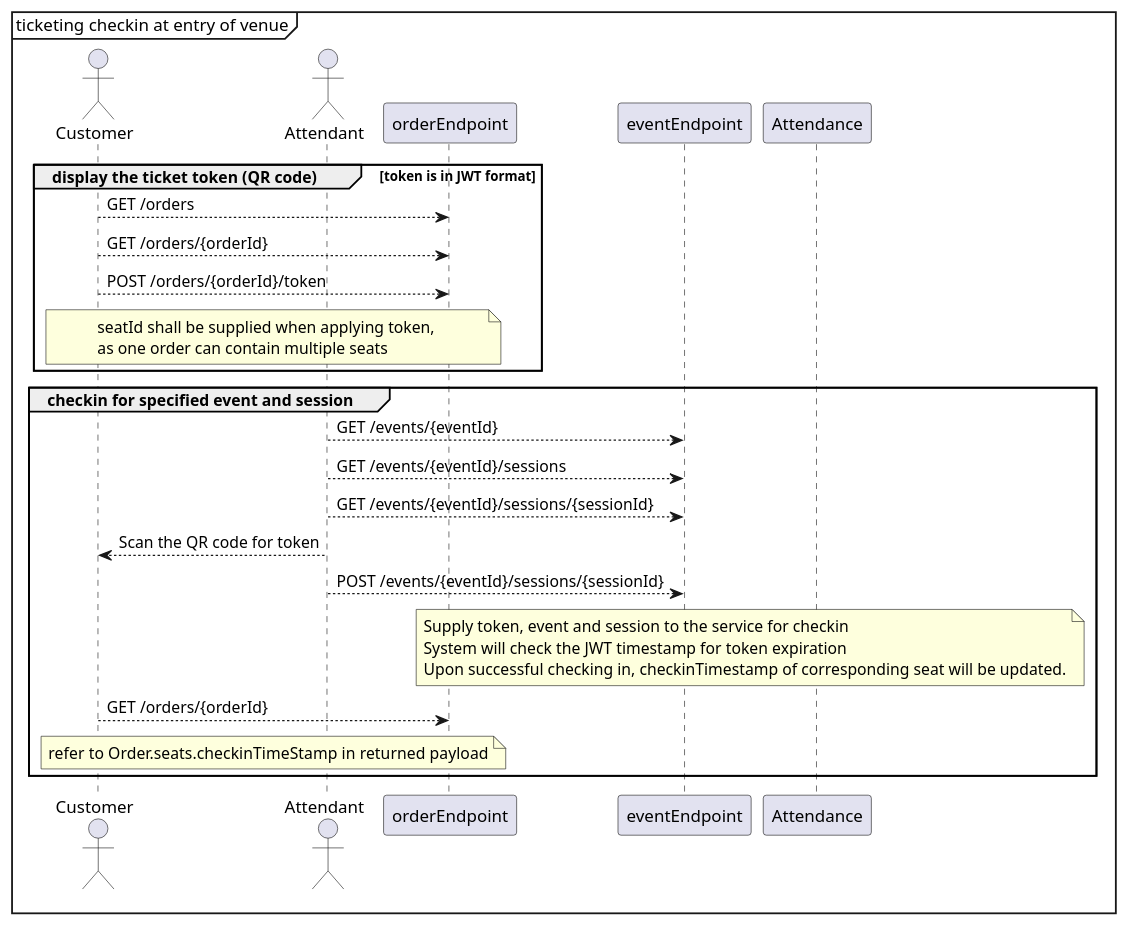
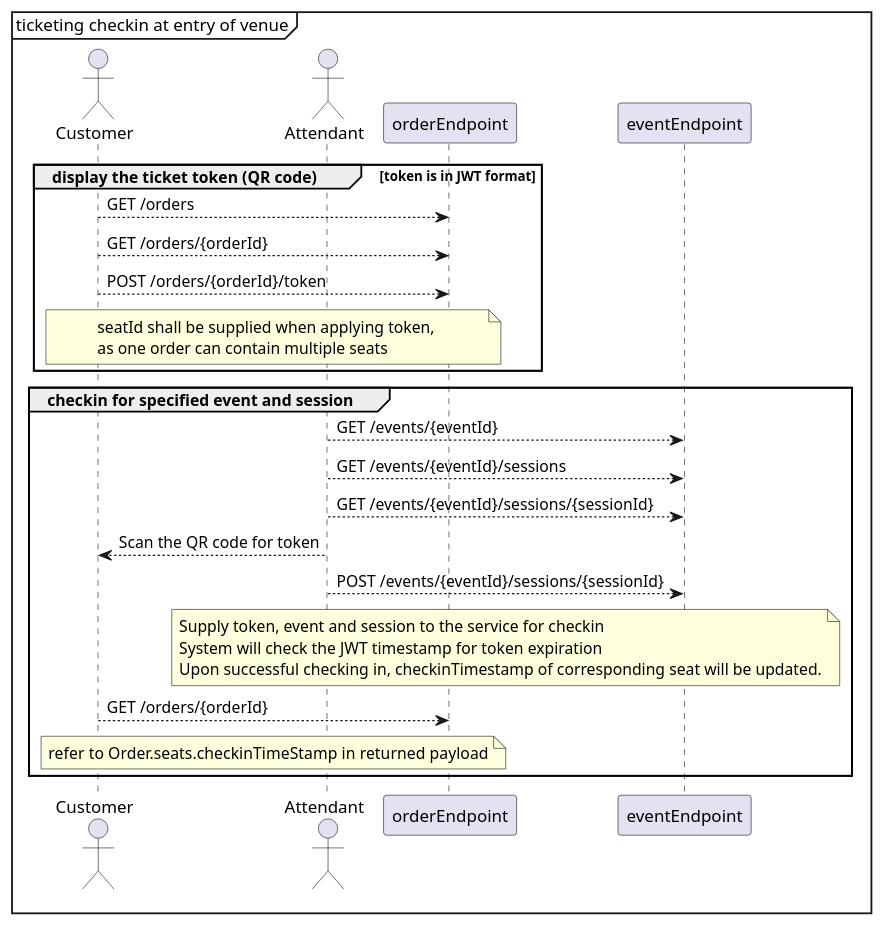
The diagram in uml/checkin.plantuml (grantsunny/JTicket), drawn with PlantUML before and after one commit.

```diff
--- a/uml/checkin.plantuml
+++ b/uml/checkin.plantuml
@@ -1,46 +1,46 @@
 @startuml
 mainframe ticketing checkin at entry of venue
 
 actor Customer
 actor Attendant
 participant orderEndpoint
 participant eventEndpoint
 
 group display the ticket token (QR code)  [token is in JWT format]
 Customer --> orderEndpoint: GET /orders
 Customer --> orderEndpoint: GET /orders/{orderId}
 Customer --> orderEndpoint: POST /orders/{orderId}/token
 note over Customer, orderEndpoint
 seatId shall be supplied when applying token, 
 as one order can contain multiple seats
 end note
 
 
 end
 
 group checkin for specified event and session
 Attendant --> eventEndpoint: GET /events/{eventId}
 Attendant --> eventEndpoint: GET /events/{eventId}/sessions
 Attendant --> eventEndpoint: GET /events/{eventId}/sessions/{sessionId}
 Attendant --> Customer: Scan the QR code for token
 
 
 Attendant --> eventEndpoint: POST /events/{eventId}/sessions/{sessionId}
-note over Attendance, eventEndpoint
+note over Attendant, eventEndpoint
 Supply token, event and session to the service for checkin
 System will check the JWT timestamp for token expiration
 Upon successful checking in, checkinTimestamp of corresponding seat will be updated.
 end note
 
 
 Customer --> orderEndpoint: GET /orders/{orderId}
 note over Customer, orderEndpoint
 refer to Order.seats.checkinTimeStamp in returned payload
 end note
 
 end
 
 
 
 
 @enduml
```
